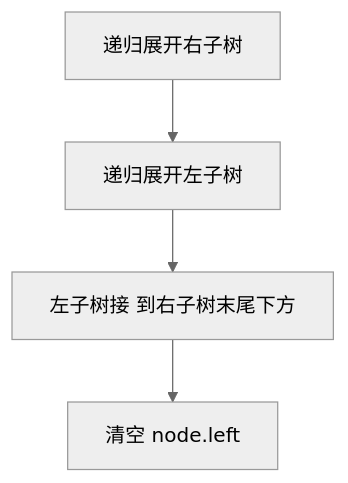
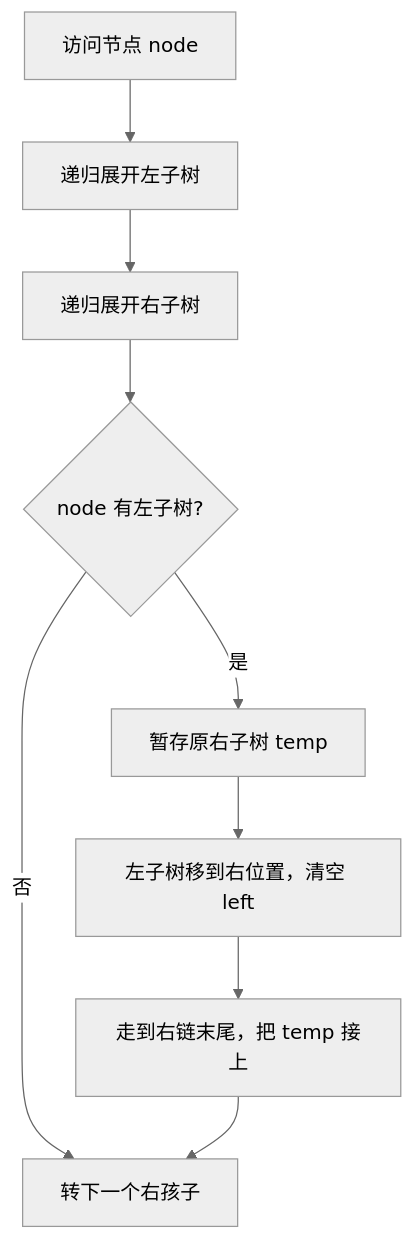
The first of 2 diagrams in 09-二叉树/0114-二叉树展开为链表.md (OctalZero/hot100-py), drawn with Mermaid (neutral theme) before and after one commit. The commit also changed other lines of this file and 117 other files, not shown here.

First line of the commit message:
feat: 全题解配图升级为「动画式 mermaid」（总览骨架 + 横向时间线逐步推演）

````diff
--- a/09-二叉树/0114-二叉树展开为链表.md
+++ b/09-二叉树/0114-二叉树展开为链表.md
@@ -20,6 +20,11 @@
 ```mermaid
 flowchart TD
-    A["递归展开右子树"] --> B["递归展开左子树"]
-    B --> C["左子树接 到右子树末尾下方"]
-    C --> D["清空 node.left"]
+    A["访问节点 node"] --> B["递归展开左子树"]
+    B --> C["递归展开右子树"]
+    C --> D{"node 有左子树?"}
+    D -->|"否"| E["转下一个右孩子"]
+    D -->|"是"| F["暂存原右子树 temp"]
+    F --> G["左子树移到右位置，清空 left"]
+    G --> H["走到右链末尾，把 temp 接上"]
+    H --> E
 ```
````
